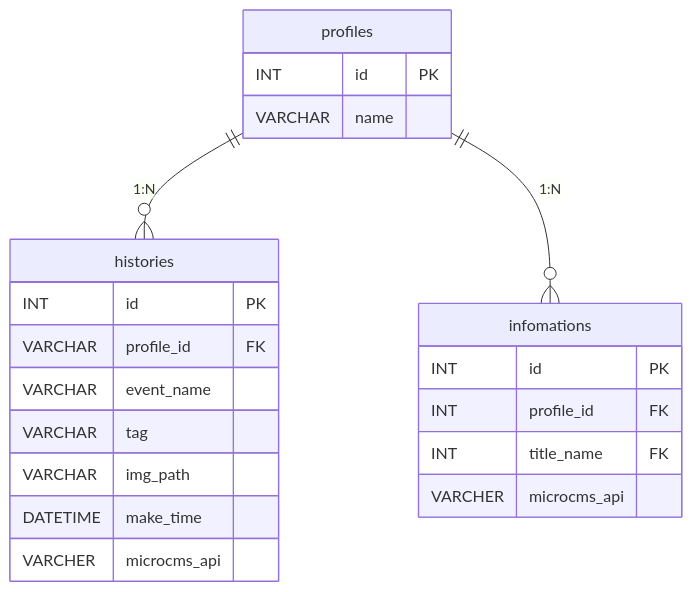
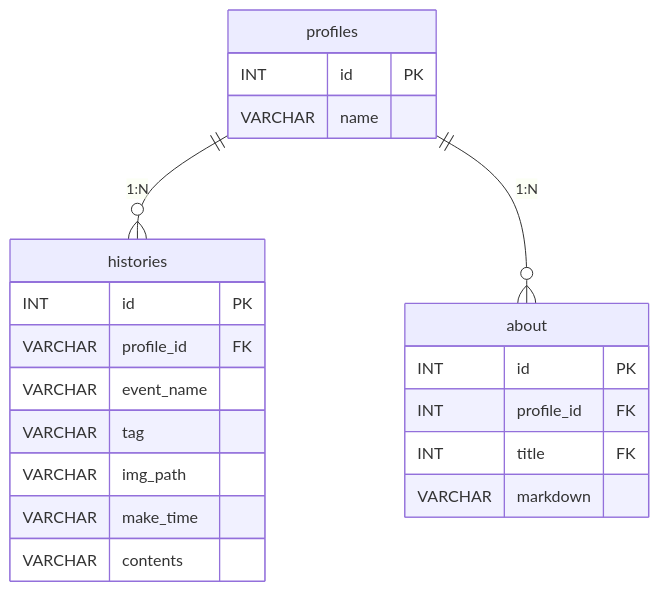
Before and after one commit to tsuji-kota/portfolio-site: the diagram in README.md, drawn with Mermaid. The commit also changed 10 other files, not shown here.

Commit message:
create about and contents page

````diff
--- a/README.md
+++ b/README.md
@@ -4,27 +4,27 @@
 ```mermaid
 erDiagram
     profiles ||--o{ histories:"1:N"
-    profiles ||--o{ infomations:"1:N"
+    profiles ||--o{ about:"1:N"
 
     profiles {
         INT id PK
         VARCHAR name 
     }
 
     histories {
         INT id PK
         VARCHAR profile_id FK
         VARCHAR event_name
         VARCHAR tag
         VARCHAR img_path
-        DATETIME make_time
-        VARCHER microcms_api   
+        VARCHAR make_time
+        VARCHAR contents
     }
 
-     infomations {
+    about {
         INT id PK
         INT profile_id FK
-        INT title_name FK
-        VARCHER microcms_api
+        INT title FK
+        VARCHAR markdown
     }
 ```
````
